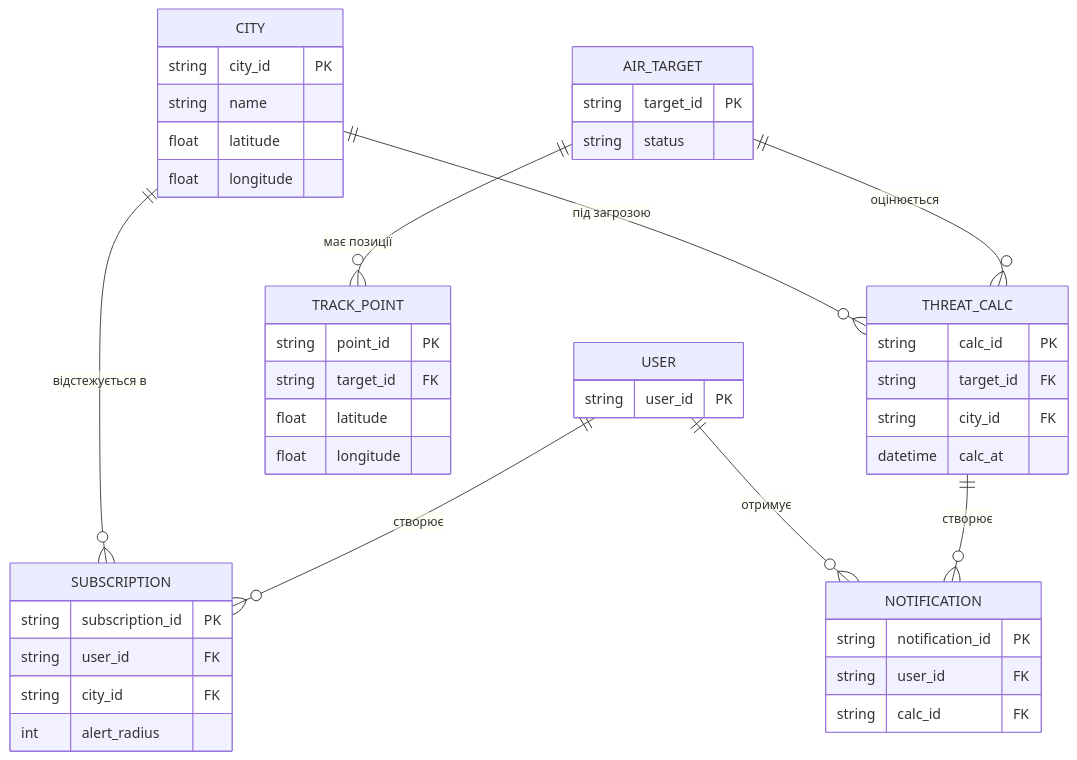
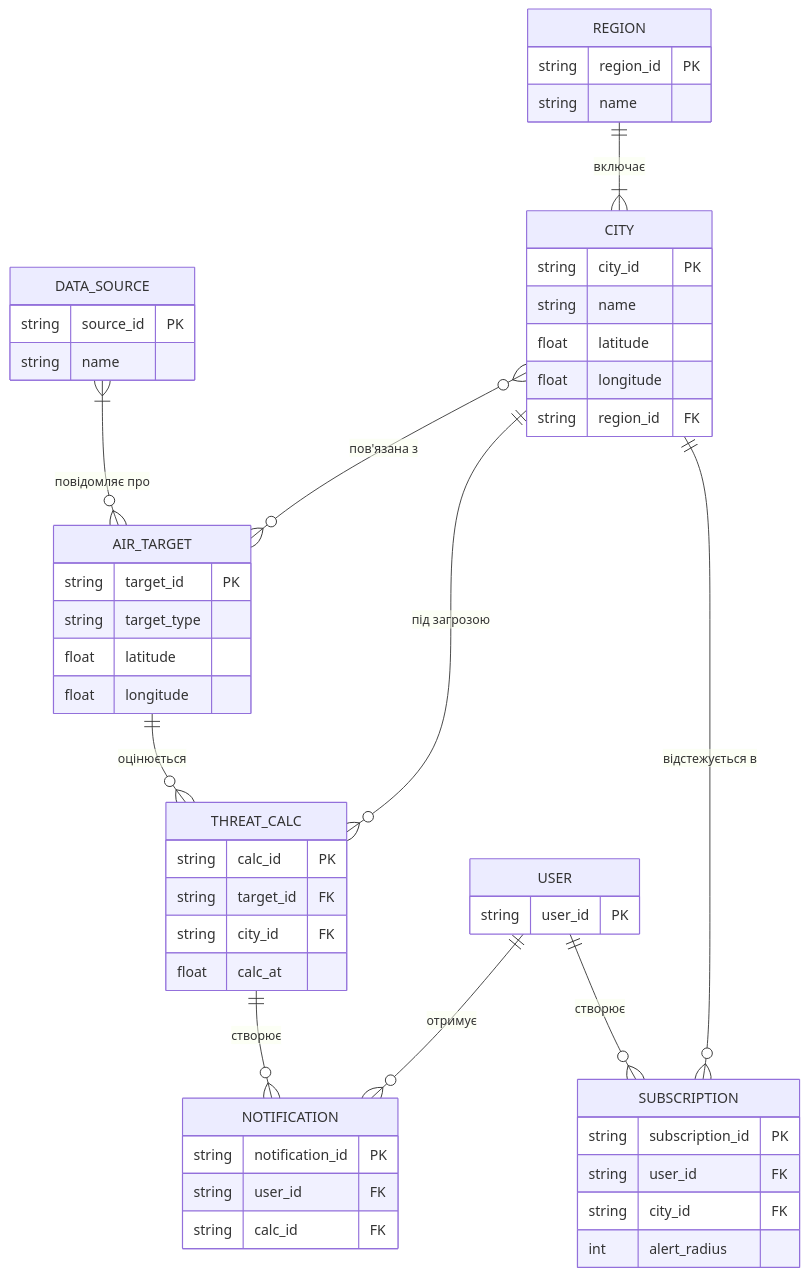
The diagram in lab1/model.mmd (acabzonbi/aerial-target-track1), drawn with Mermaid before and after one commit. The commit also changed 1 other file, not shown here.

Commit message:
спроситив spec, прибрав TRACK_POINT та TARGET_TYPE. Перемістив їх значення до AIR_TARGET. Оновив модель

```diff
--- a/lab1/model.mmd
+++ b/lab1/model.mmd
@@ -1,51 +1,60 @@
 erDiagram
+    REGION ||--|{ CITY : "включає"
     USER ||--o{ SUBSCRIPTION : "створює"
-    CITY ||--o{ SUBSCRIPTION : "відстежується в"
-    AIR_TARGET ||--o{ TRACK_POINT : "має позиції"
+    DATA_SOURCE }|--o{ AIR_TARGET : "повідомляє про"
+    CITY }o--o{ AIR_TARGET : "пов'язана з"
     AIR_TARGET ||--o{ THREAT_CALC : "оцінюється"
-    CITY ||--o{ THREAT_CALC : "під загрозою"
     THREAT_CALC ||--o{ NOTIFICATION : "створює"
     USER ||--o{ NOTIFICATION : "отримує"
+
+    CITY ||--o{ SUBSCRIPTION : "відстежується в"
+    CITY ||--o{ THREAT_CALC : "під загрозою"
+
+    REGION {
+        string region_id PK
+        string name
+    }
 
     CITY {
         string city_id PK
         string name
         float latitude
         float longitude
+        string region_id FK
     }
 
     USER {
         string user_id PK
     }
 
     SUBSCRIPTION {
         string subscription_id PK
         string user_id FK
         string city_id FK
         int alert_radius
     }
 
     AIR_TARGET {
         string target_id PK
-        string status
+        string target_type
+        float latitude
+        float longitude
     }
 
-    TRACK_POINT {
-        string point_id PK
-        string target_id FK
-        float latitude
-        float longitude
+    DATA_SOURCE {
+        string source_id PK
+        string name
     }
 
     THREAT_CALC {
         string calc_id PK
         string target_id FK
         string city_id FK
-        datetime calc_at
+        float calc_at
     }
 
     NOTIFICATION {
         string notification_id PK
         string user_id FK
         string calc_id FK
     }
```
